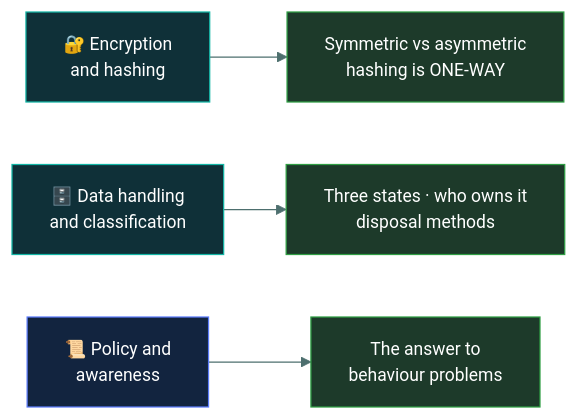
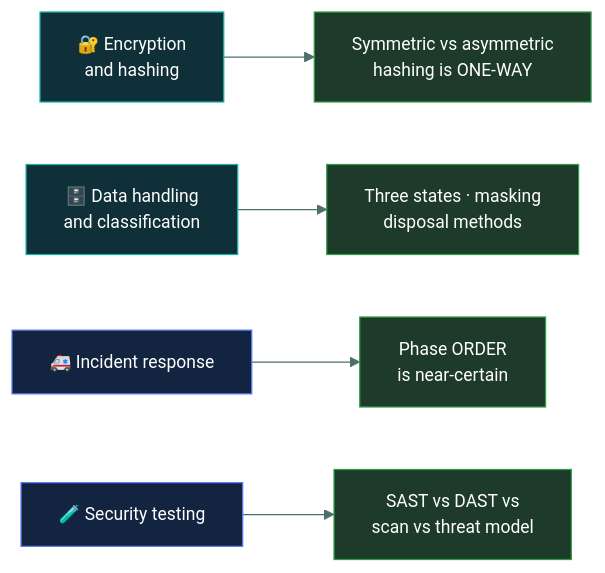
Before and after one commit to tarunTejaDesireddy/cc-exam-prep: the diagram in 05-security-operations/README.md, drawn with Mermaid. The commit also changed other lines of this file and 13 other files, not shown here.

````diff
--- a/05-security-operations/README.md
+++ b/05-security-operations/README.md
@@ -64,14 +72,17 @@
 ```mermaid
 %%{init: {'theme':'base','themeVariables':{'fontSize':'14px','lineColor':'#4d6f6e','textColor':'#dbe7e6'}}}%%
 flowchart LR
     E["🔐 Encryption<br/>and hashing"] --> M1["Symmetric vs asymmetric<br/>hashing is ONE-WAY"]
-    D["🗄️ Data handling<br/>and classification"] --> M2["Three states · who owns it<br/>disposal methods"]
-    P["📜 Policy and<br/>awareness"] --> M3["The answer to<br/>behaviour problems"]
+    D["🗄️ Data handling<br/>and classification"] --> M2["Three states · masking<br/>disposal methods"]
+    I["🚑 Incident response"] --> M3["Phase ORDER<br/>is near-certain"]
+    T["🧪 Security testing"] --> M4["SAST vs DAST vs<br/>scan vs threat model"]
 
     style E fill:#0f3038,stroke:#12B5A5,color:#fff
     style D fill:#0f3038,stroke:#12B5A5,color:#fff
-    style P fill:#12243f,stroke:#5C7CFA,color:#fff
+    style I fill:#12243f,stroke:#5C7CFA,color:#fff
+    style T fill:#12243f,stroke:#5C7CFA,color:#fff
     style M1 fill:#1d3a2a,stroke:#2F9E44,color:#fff
     style M2 fill:#1d3a2a,stroke:#2F9E44,color:#fff
     style M3 fill:#1d3a2a,stroke:#2F9E44,color:#fff
+    style M4 fill:#1d3a2a,stroke:#2F9E44,color:#fff
 ```
````
